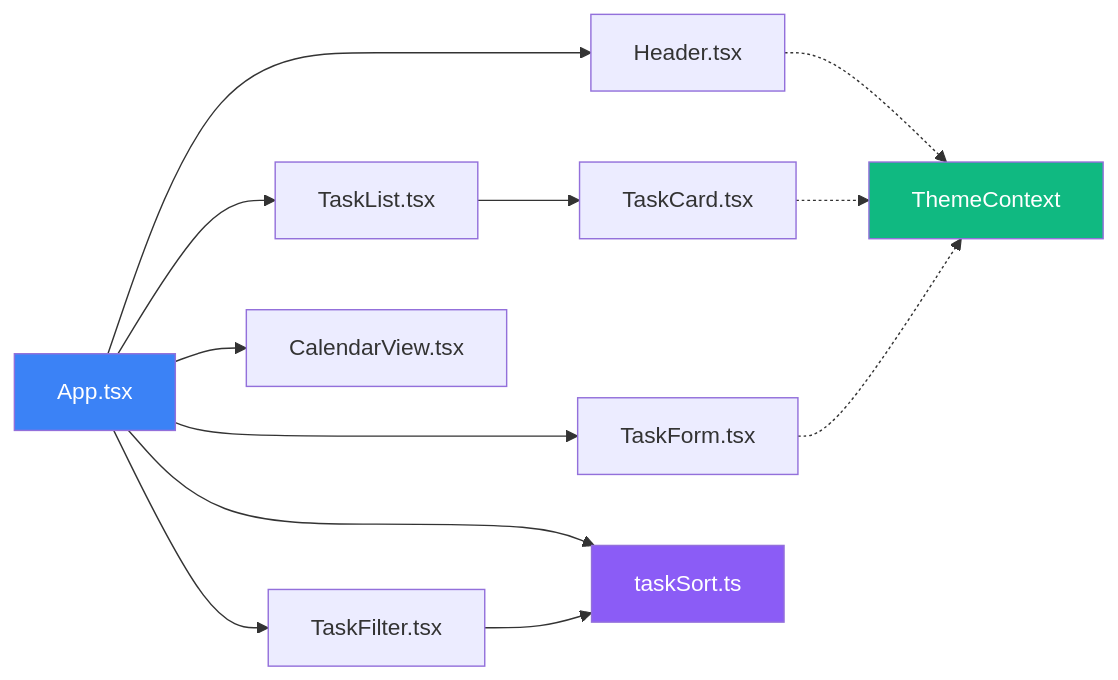
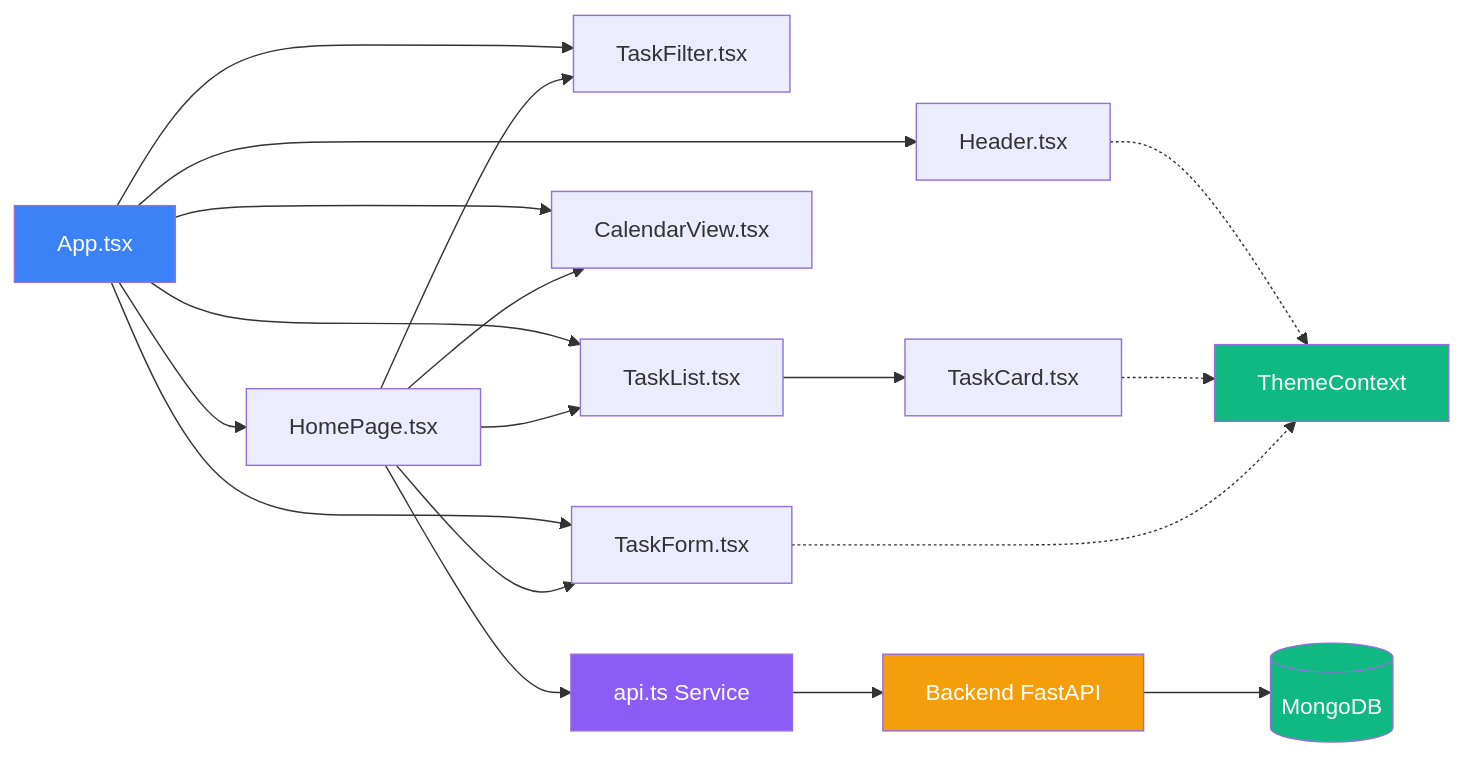
Before and after one commit to ZLostTK/IntelliTasker: the second of 11 diagrams in docs/FrontEnd.md, drawn with Mermaid. The commit also changed other lines of this file and 9 other files, not shown here.

````diff
--- a/docs/FrontEnd.md
+++ b/docs/FrontEnd.md
@@ -102,21 +113,30 @@
 ```mermaid
 graph LR
     App[App.tsx] --> Header[Header.tsx]
     App --> TaskFilter[TaskFilter.tsx]
     App --> TaskList[TaskList.tsx]
     App --> CalendarView[CalendarView.tsx]
     App --> TaskForm[TaskForm.tsx]
+    App --> HomePage[HomePage.tsx]
+    
+    HomePage --> API[api.ts Service]
+    HomePage --> TaskFilter
+    HomePage --> TaskList
+    HomePage --> CalendarView
+    HomePage --> TaskForm
     
     TaskList --> TaskCard[TaskCard.tsx]
     
     Header -.-> ThemeContext[ThemeContext]
     TaskCard -.-> ThemeContext
     TaskForm -.-> ThemeContext
     
-    App --> taskSort[taskSort.ts]
-    TaskFilter --> taskSort
+    API --> Backend[Backend FastAPI]
+    Backend --> MongoDB[(MongoDB)]
     
     style App fill:#3b82f6,color:#fff
     style ThemeContext fill:#10b981,color:#fff
-    style taskSort fill:#8b5cf6,color:#fff
+    style API fill:#8b5cf6,color:#fff
+    style Backend fill:#f59e0b,color:#fff
+    style MongoDB fill:#10b981,color:#fff
 ```
````
